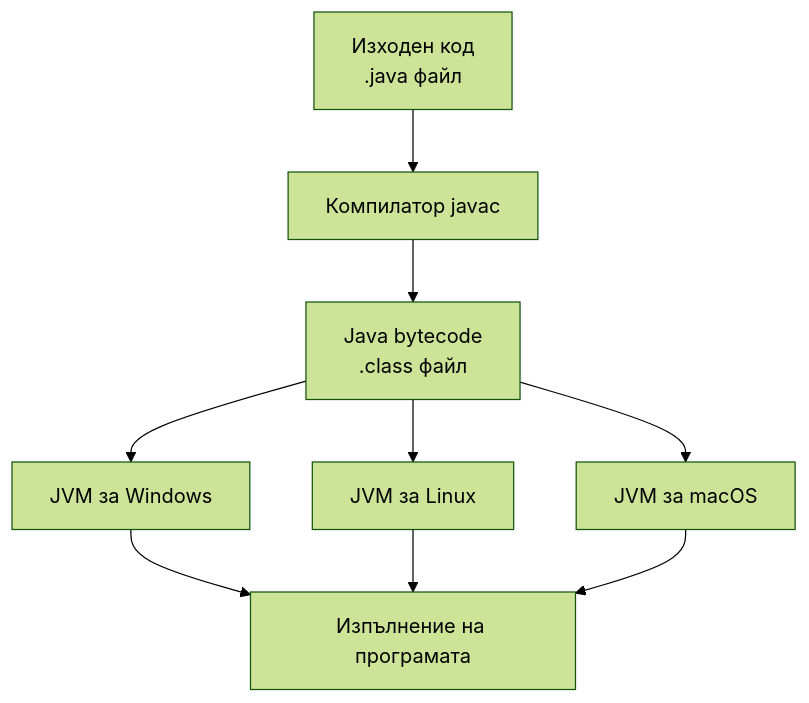
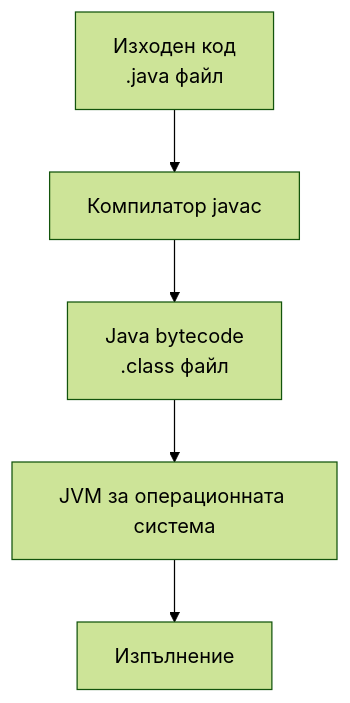
The first of 3 diagrams in docs/BEO/obektno-orientirano-programirane-1-chast/laboratorno-uprazhnenie-01/osnovi-na-programiraneto-s-java-za-nachinaeshi/01-osnovi-java.md (programmingfundamental/courses), drawn with Mermaid (forest theme) before and after one commit. The commit also changed other lines of this file and 4 other files, not shown here.

Commit message:
update diagrams

````diff
--- a/docs/BEO/obektno-orientirano-programirane-1-chast/laboratorno-uprazhnenie-01/osnovi-na-programiraneto-s-java-za-nachinaeshi/01-osnovi-java.md
+++ b/docs/BEO/obektno-orientirano-programirane-1-chast/laboratorno-uprazhnenie-01/osnovi-na-programiraneto-s-java-za-nachinaeshi/01-osnovi-java.md
@@ -16,11 +16,7 @@
 ```mermaid
 flowchart TD
     A["Изходен код<br/>.java файл"] --> B["Компилатор javac"]
     B --> C["Java bytecode<br/>.class файл"]
-    C --> D["JVM за Windows"]
-    C --> E["JVM за Linux"]
-    C --> F["JVM за macOS"]
-    D --> G["Изпълнение на програмата"]
-    E --> G
-    F --> G
+    C --> D["JVM за операционната система"]
+    D --> E["Изпълнение"]
 ```
````
